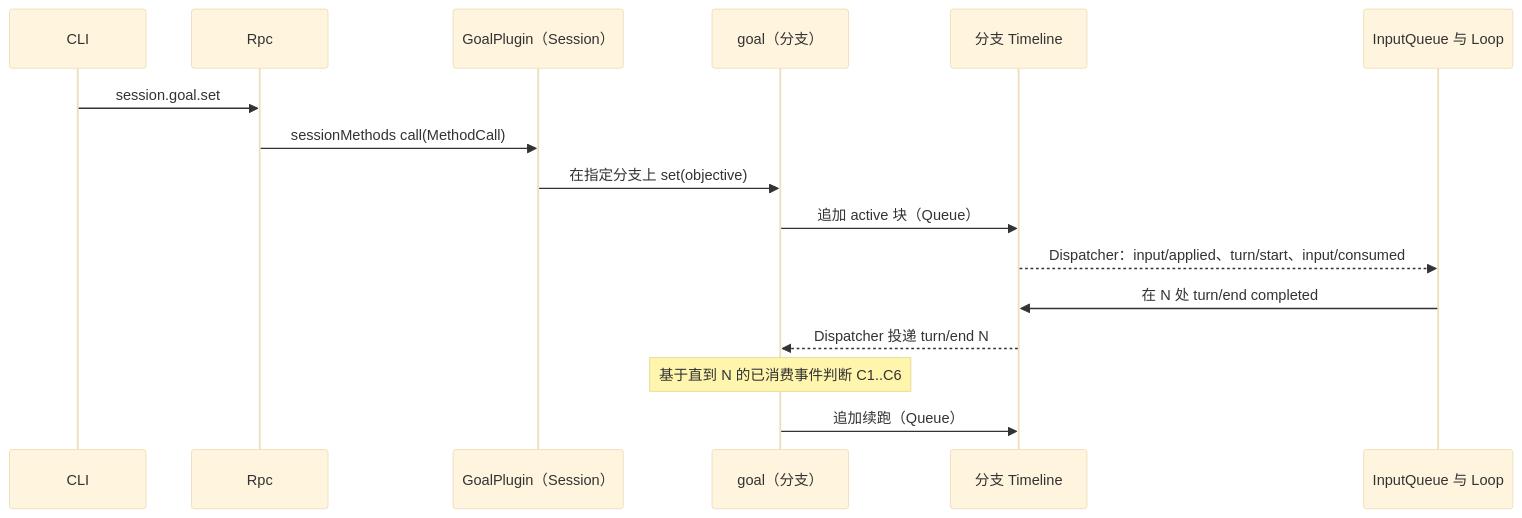
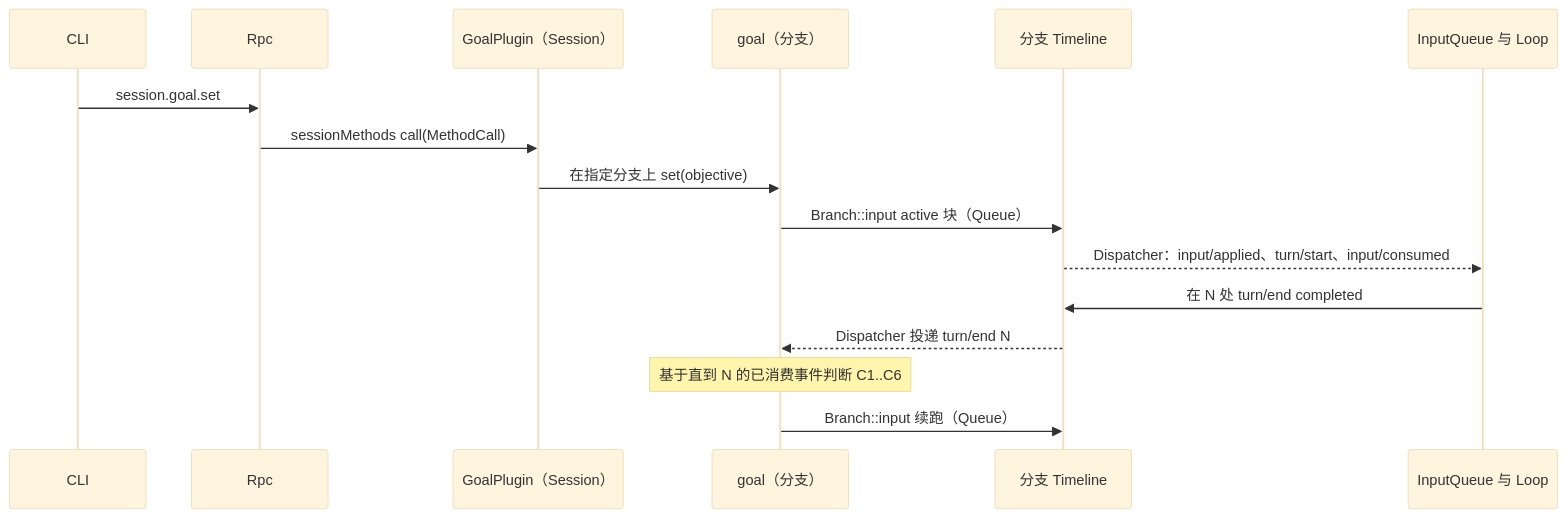
The third of 6 diagrams in docs/zh/design/plugins/Goal.md (CoutinhoTTS/dim-agent), drawn with Mermaid (base theme) before and after one commit. The commit also changed other lines of this file and 42 other files, not shown here.

````diff
--- a/docs/zh/design/plugins/Goal.md
+++ b/docs/zh/design/plugins/Goal.md
@@ -85,18 +85,18 @@
 ```mermaid
 sequenceDiagram
   participant CLI
   participant Rpc
   participant GS as GoalPlugin（Session）
   participant G as goal（分支）
   participant TL as 分支 Timeline
   participant IQ as InputQueue 与 Loop
   CLI->>Rpc: session.goal.set
   Rpc->>GS: sessionMethods call(MethodCall)
   GS->>G: 在指定分支上 set(objective)
-  G->>TL: 追加 active 块（Queue）
+  G->>TL: Branch::input active 块（Queue）
   TL-->>IQ: Dispatcher：input/applied、turn/start、input/consumed
   IQ->>TL: 在 N 处 turn/end completed
   TL-->>G: Dispatcher 投递 turn/end N
   Note over G: 基于直到 N 的已消费事件判断 C1..C6
-  G->>TL: 追加续跑（Queue）
+  G->>TL: Branch::input 续跑（Queue）
 ```
````
